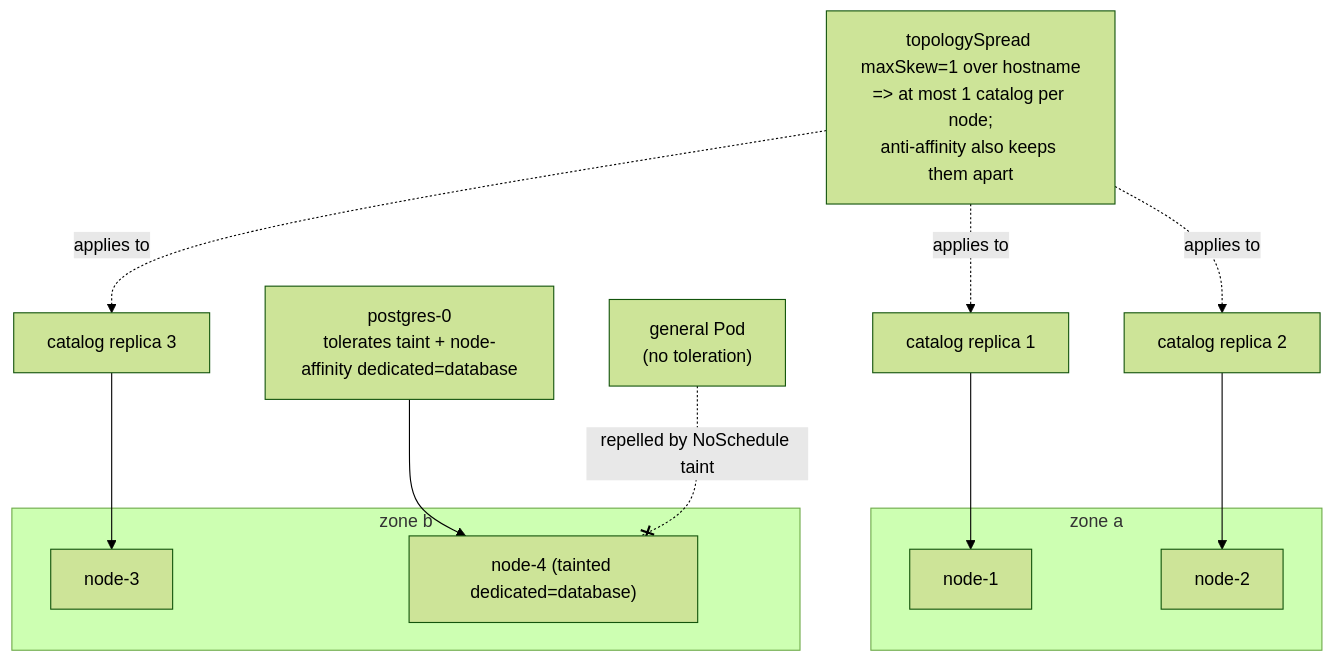
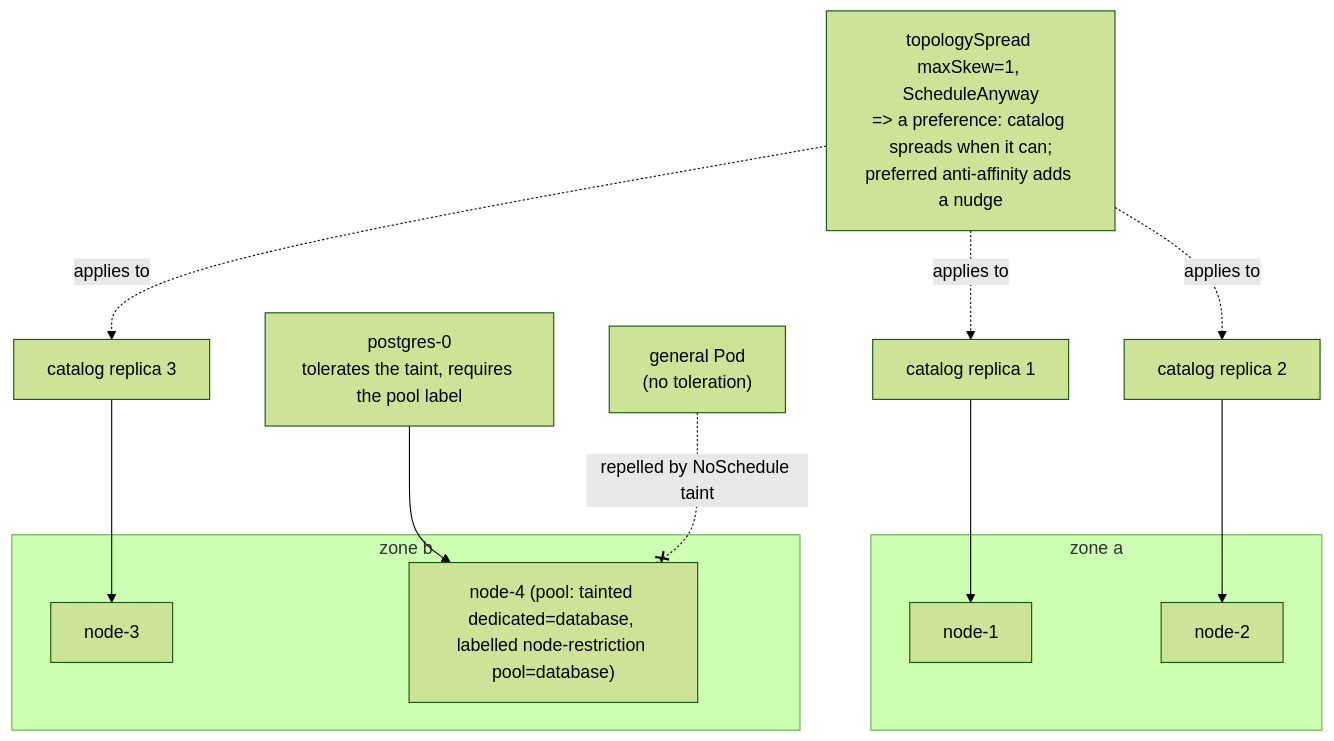
Before and after one commit to abd-ulbasit/bookstore-kubernetes-guide: the diagram in full-guide/04-scheduling/02-affinity-taints-topology.md, drawn with Mermaid (forest theme). The commit also changed other lines of this file and 5 other files, not shown here.

First line of the commit message:
04.02: dedicated pool with taint, toleration and required affinity

````diff
--- a/full-guide/04-scheduling/02-affinity-taints-topology.md
+++ b/full-guide/04-scheduling/02-affinity-taints-topology.md
@@ -73,28 +97,28 @@
 ```mermaid
 flowchart TB
     subgraph zoneA["zone a"]
         n1["node-1"]
         n2["node-2"]
     end
     subgraph zoneB["zone b"]
         n3["node-3"]
-        n4["node-4 (tainted dedicated=database)"]
+        n4["node-4 (pool: tainted dedicated=database, labelled node-restriction pool=database)"]
     end
 
     c1["catalog replica 1"]
     c2["catalog replica 2"]
     c3["catalog replica 3"]
-    pg["postgres-0<br/>tolerates taint + node-affinity dedicated=database"]
+    pg["postgres-0<br/>tolerates the taint, requires the pool label"]
     x["general Pod<br/>(no toleration)"]
 
     c1 --> n1
     c2 --> n2
     c3 --> n3
     pg --> n4
     x -. repelled by NoSchedule taint .-x n4
 
-    note["topologySpread maxSkew=1 over hostname<br/>=> at most 1 catalog per node;<br/>anti-affinity also keeps them apart"]
+    note["topologySpread maxSkew=1, ScheduleAnyway<br/>=> a preference: catalog spreads when it can;<br/>preferred anti-affinity adds a nudge"]
     note -. applies to .-> c1
     note -. applies to .-> c2
     note -. applies to .-> c3
 ```
````
